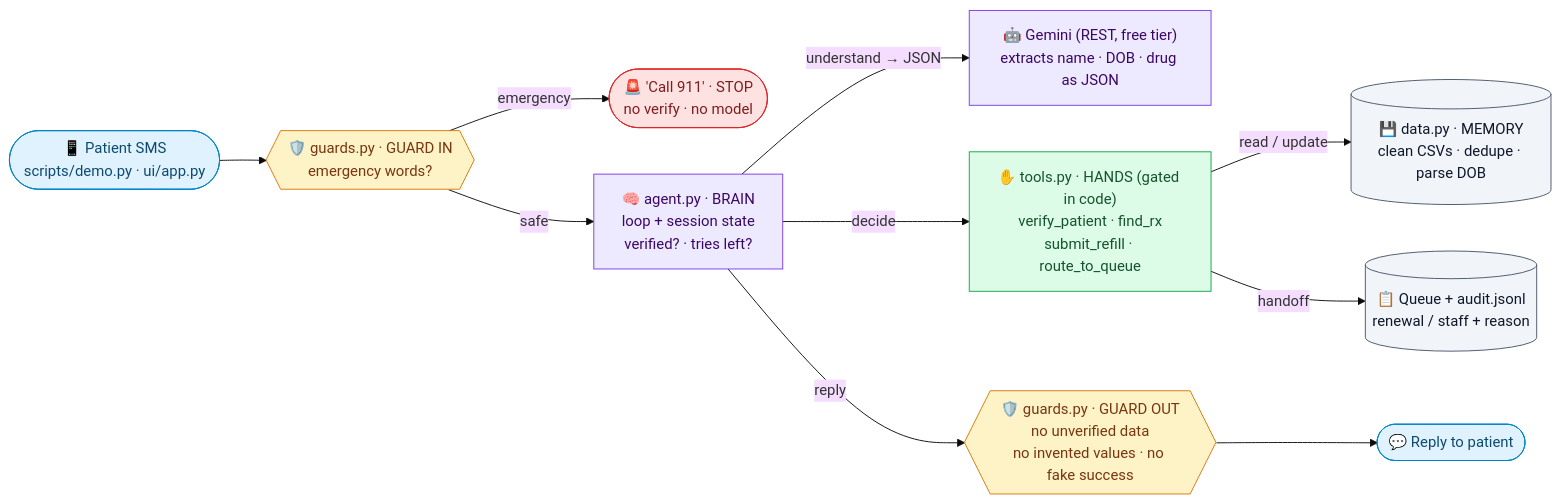
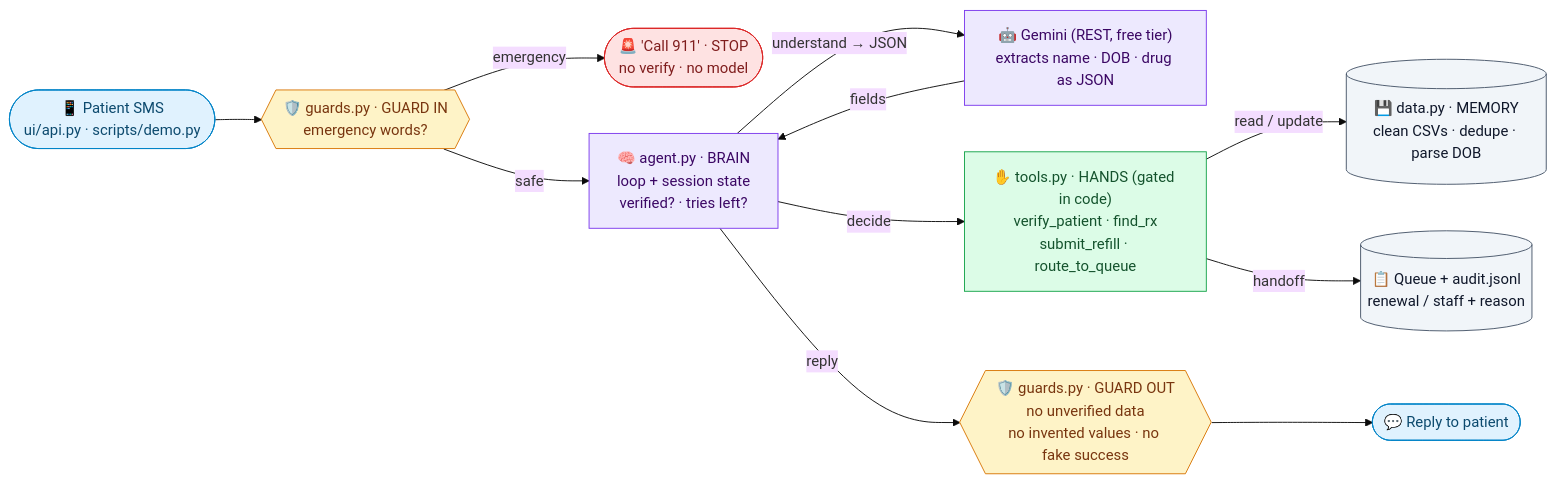
The first of 2 diagrams in .claude/skills/discovery/templates/example_refill.md (a1noh/kick-off), drawn with Mermaid (base theme) before and after one commit. The commit also changed 7 other files, not shown here.

````diff
--- a/.claude/skills/discovery/templates/example_refill.md
+++ b/.claude/skills/discovery/templates/example_refill.md
@@ -6,36 +6,37 @@
 ```mermaid
 flowchart LR
-  SMS(["📱 Patient SMS<br/>scripts/demo.py · ui/app.py"])
+  SMS(["📱 Patient SMS<br/>ui/api.py · scripts/demo.py"])
   GI{{"🛡️ guards.py · GUARD IN<br/>emergency words?"}}
   E911(["🚨 'Call 911' · STOP<br/>no verify · no model"])
   AG["🧠 agent.py · BRAIN<br/>loop + session state<br/>verified? · tries left?"]
   LLM["🤖 Gemini (REST, free tier)<br/>extracts name · DOB · drug as JSON"]
   T["✋ tools.py · HANDS (gated in code)<br/>verify_patient · find_rx<br/>submit_refill · route_to_queue"]
   D[("💾 data.py · MEMORY<br/>clean CSVs · dedupe · parse DOB")]
   Q[("📋 Queue + audit.jsonl<br/>renewal / staff + reason")]
   GO{{"🛡️ guards.py · GUARD OUT<br/>no unverified data<br/>no invented values · no fake success"}}
   R(["💬 Reply to patient"])
 
   SMS --> GI
   GI -- "emergency" --> E911
   GI -- "safe" --> AG
   AG -- "understand → JSON" --> LLM
+  LLM -- "fields" --> AG
   AG -- "decide" --> T
   T -- "read / update" --> D
   T -- "handoff" --> Q
   AG -- "reply" --> GO
   GO --> R
 
   classDef door fill:#e0f2fe,stroke:#0284c7,color:#0c4a6e
   classDef guard fill:#fef3c7,stroke:#d97706,color:#78350f
   classDef stop fill:#fee2e2,stroke:#dc2626,color:#7f1d1d
   classDef brain fill:#ede9fe,stroke:#7c3aed,color:#3b0764
   classDef hands fill:#dcfce7,stroke:#16a34a,color:#14532d
   classDef store fill:#f1f5f9,stroke:#475569,color:#0f172a
   class SMS,R door
   class GI,GO guard
   class E911 stop
   class AG,LLM brain
   class T hands
   class D,Q store
 ```
````
